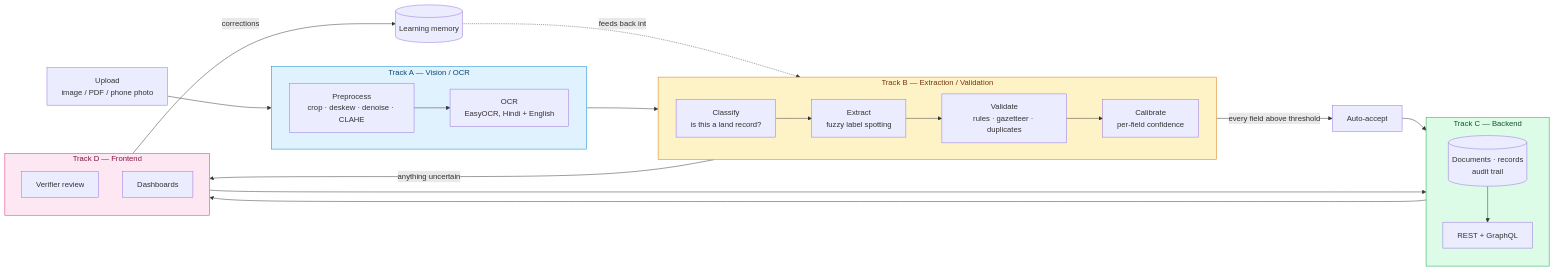
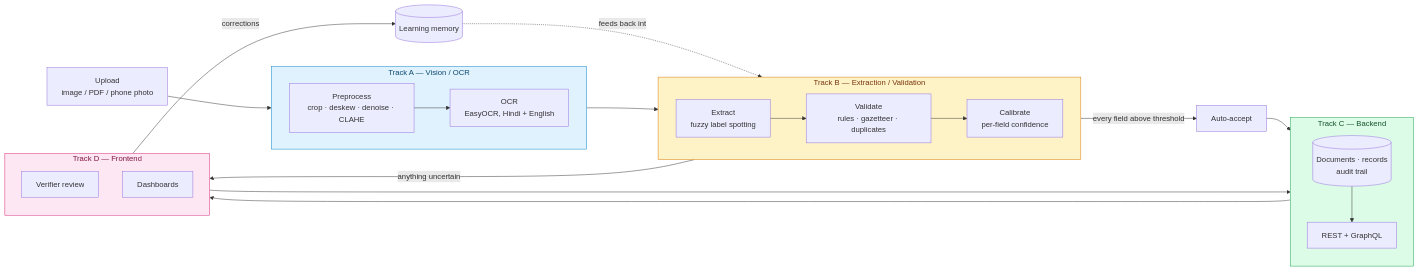
The diagram in README.md (Rayyan-mohammed/Land-Lekha), drawn with Mermaid before and after one commit. The commit also changed other lines of this file, not shown here.

````diff
--- a/README.md
+++ b/README.md
@@ -33,48 +33,47 @@
 ```mermaid
 flowchart LR
   U[Upload<br/>image / PDF / phone photo]
 
   subgraph TRACKA["Track A — Vision / OCR"]
     direction LR
     P[Preprocess<br/>crop · deskew · denoise · CLAHE]
     O[OCR<br/>EasyOCR, Hindi + English]
     P --> O
   end
 
   subgraph TRACKB["Track B — Extraction / Validation"]
     direction LR
-    CLS[Classify<br/>is this a land record?]
     X[Extract<br/>fuzzy label spotting]
     V[Validate<br/>rules · gazetteer · duplicates]
     C[Calibrate<br/>per-field confidence]
-    CLS --> X --> V --> C
+    X --> V --> C
   end
 
   subgraph TRACKC["Track C — Backend"]
     direction TB
     DB[(Documents · records<br/>audit trail)]
     API[REST + GraphQL]
     DB --> API
   end
 
   subgraph TRACKD["Track D — Frontend"]
     direction TB
     RVW[Verifier review]
     MIS[Dashboards]
   end
 
   U --> P
-  O --> CLS
+  O --> X
   C -->|every field above threshold| AA[Auto-accept]
   C -->|anything uncertain| RVW
   RVW -->|corrections| MEM[(Learning memory)]
   MEM -.feeds back into.-> X
   AA --> DB
   RVW --> DB
   DB --> MIS
 
   style TRACKA fill:#e0f2fe,stroke:#0284c7,color:#0c4a6e
   style TRACKB fill:#fef3c7,stroke:#d97706,color:#78350f
   style TRACKC fill:#dcfce7,stroke:#16a34a,color:#14532d
   style TRACKD fill:#fce7f3,stroke:#db2777,color:#831843
 ```
````
